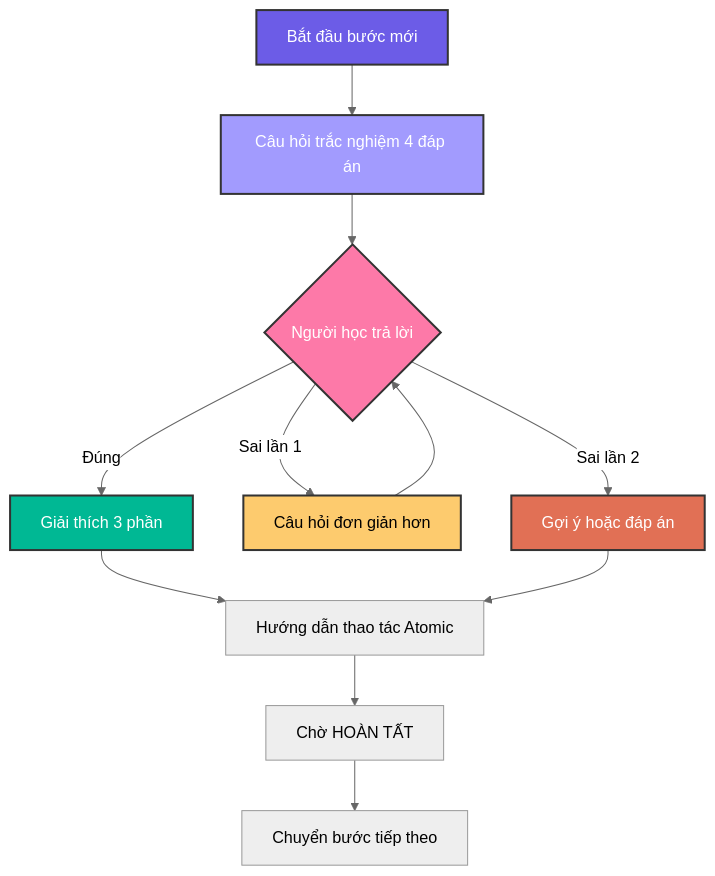
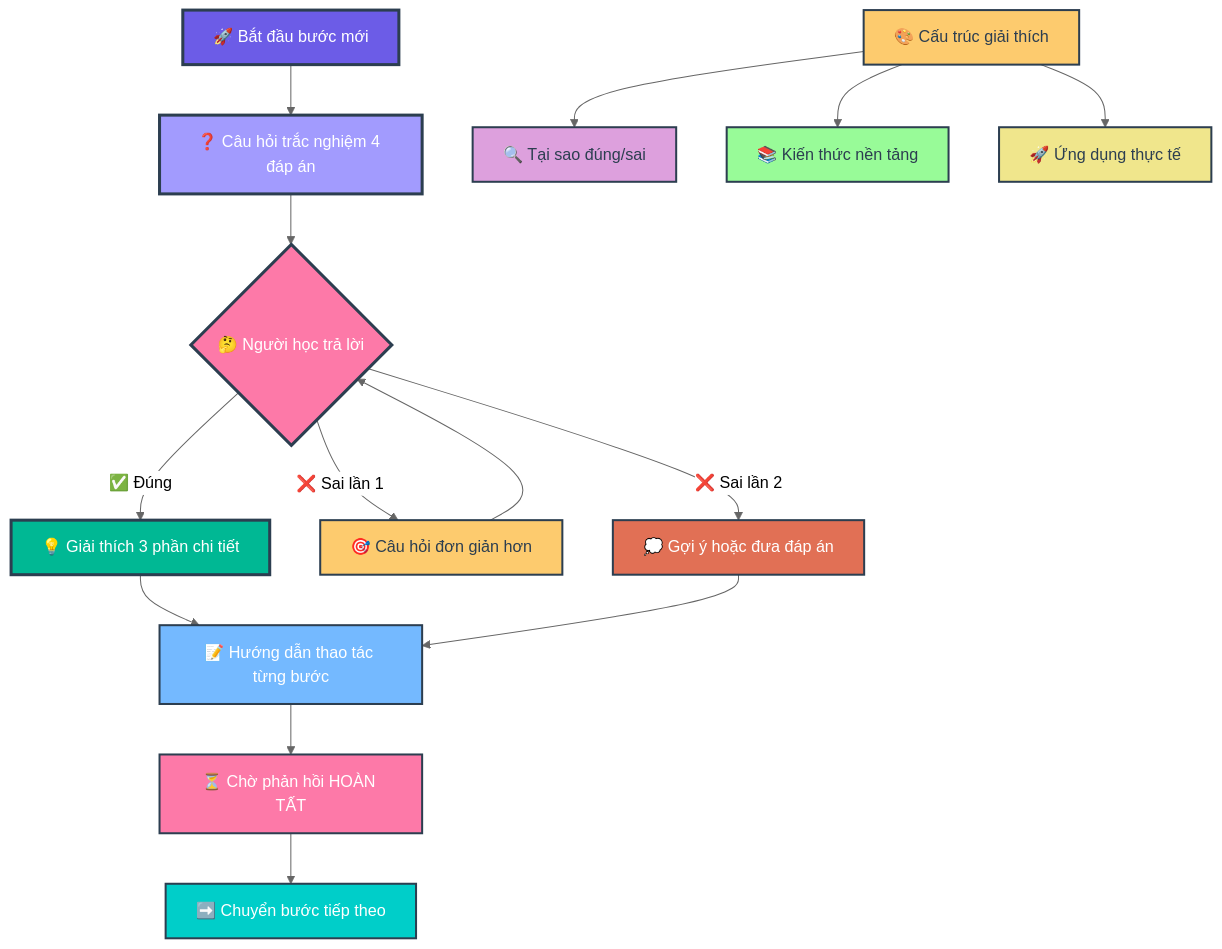
Before and after one commit to ngockhanhvd2812/System_Prompt: the second of 6 diagrams in Deep_Learning.md, drawn with Mermaid (neutral theme). The commit also changed other lines of this file, not shown here.

````diff
--- a/Deep_Learning.md
+++ b/Deep_Learning.md
@@ -388,21 +395,32 @@
 ```mermaid
 graph TD
-    A[Bắt đầu bước mới] --> B[Câu hỏi trắc nghiệm 4 đáp án]
-    B --> C{Người học trả lời}
-    C -->|Đúng| D[Giải thích 3 phần]
-    C -->|Sai lần 1| E[Câu hỏi đơn giản hơn]
-    C -->|Sai lần 2| F[Gợi ý hoặc đáp án]
+    A[🚀 Bắt đầu bước mới] --> B[❓ Câu hỏi trắc nghiệm 4 đáp án]
+    B --> C{🤔 Người học trả lời}
+    C -->|✅ Đúng| D[💡 Giải thích 3 phần chi tiết]
+    C -->|❌ Sai lần 1| E[🎯 Câu hỏi đơn giản hơn]
+    C -->|❌ Sai lần 2| F[💭 Gợi ý hoặc đưa đáp án]
     
-    D --> G[Hướng dẫn thao tác Atomic]
+    D --> G[📝 Hướng dẫn thao tác từng bước]
     E --> C
     F --> G
-    G --> H[Chờ HOÀN TẤT]
-    H --> I[Chuyển bước tiếp theo]
+    G --> H[⏳ Chờ phản hồi HOÀN TẤT]
+    H --> I[➡️ Chuyển bước tiếp theo]
     
-    style A fill:#6c5ce7,stroke:#333,stroke-width:2px,color:#fff
-    style B fill:#a29bfe,stroke:#333,stroke-width:2px,color:#fff
-    style C fill:#fd79a8,stroke:#333,stroke-width:2px,color:#fff
-    style D fill:#00b894,stroke:#333,stroke-width:2px,color:#fff
-    style E fill:#fdcb6e,stroke:#333,stroke-width:2px
-    style F fill:#e17055,stroke:#333,stroke-width:2px,color:#fff
+    J[🎨 Cấu trúc giải thích] --> K[🔍 Tại sao đúng/sai]
+    J --> L[📚 Kiến thức nền tảng]
+    J --> M[🚀 Ứng dụng thực tế]
+    
+    style A fill:#6C5CE7,stroke:#2C3E50,stroke-width:3px,color:#FFFFFF
+    style B fill:#A29BFE,stroke:#2C3E50,stroke-width:3px,color:#FFFFFF
+    style C fill:#FD79A8,stroke:#2C3E50,stroke-width:3px,color:#FFFFFF
+    style D fill:#00B894,stroke:#2C3E50,stroke-width:3px,color:#FFFFFF
+    style E fill:#FDCB6E,stroke:#2C3E50,stroke-width:2px,color:#2C3E50
+    style F fill:#E17055,stroke:#2C3E50,stroke-width:2px,color:#FFFFFF
+    style G fill:#74B9FF,stroke:#2C3E50,stroke-width:2px,color:#FFFFFF
+    style H fill:#FD79A8,stroke:#2C3E50,stroke-width:2px,color:#FFFFFF
+    style I fill:#00CEC9,stroke:#2C3E50,stroke-width:2px,color:#FFFFFF
+    style J fill:#FDCB6E,stroke:#2C3E50,stroke-width:2px,color:#2C3E50
+    style K fill:#DDA0DD,stroke:#2C3E50,stroke-width:2px,color:#2C3E50
+    style L fill:#98FB98,stroke:#2C3E50,stroke-width:2px,color:#2C3E50
+    style M fill:#F0E68C,stroke:#2C3E50,stroke-width:2px,color:#2C3E50
 ```
````
